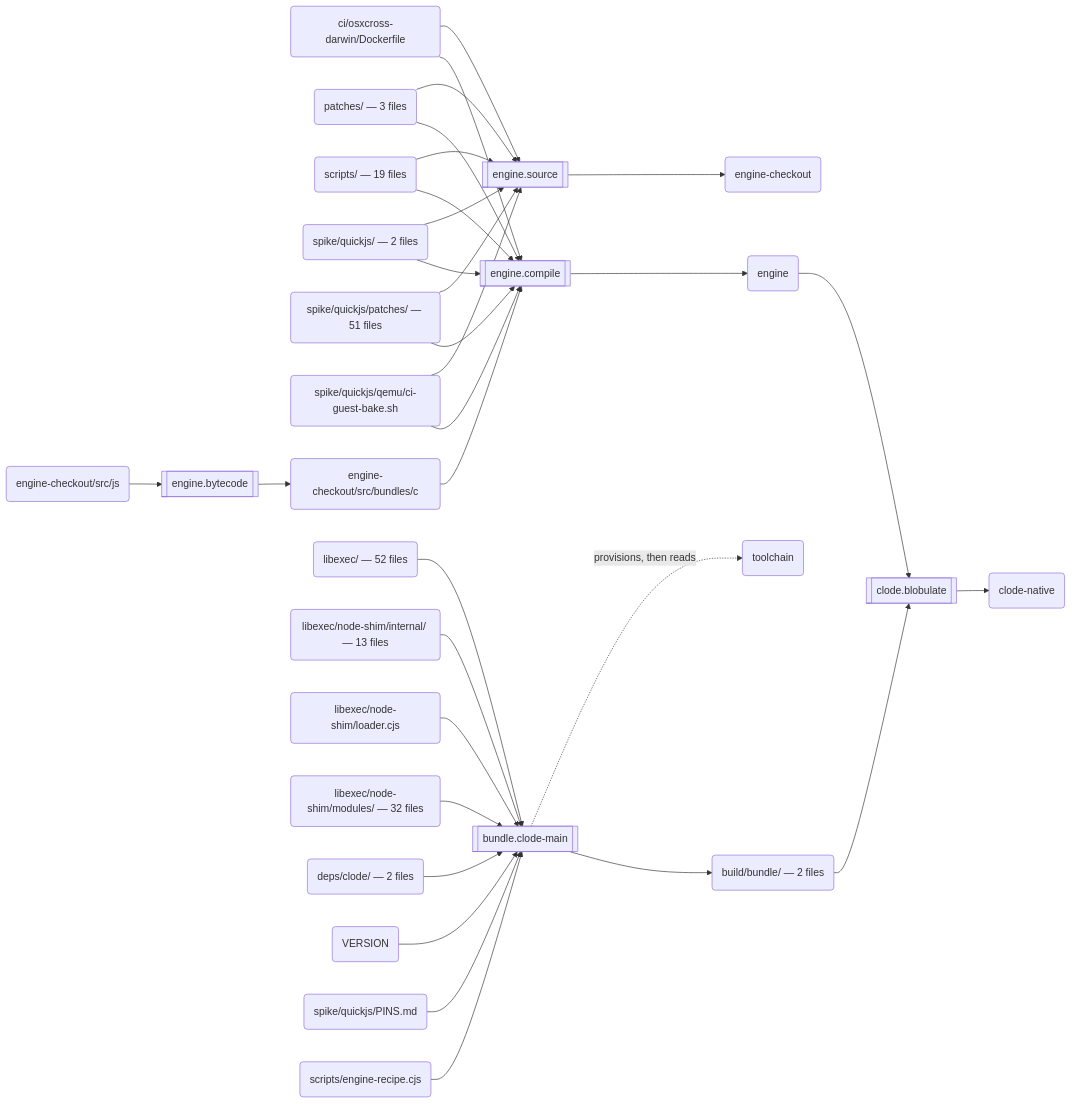
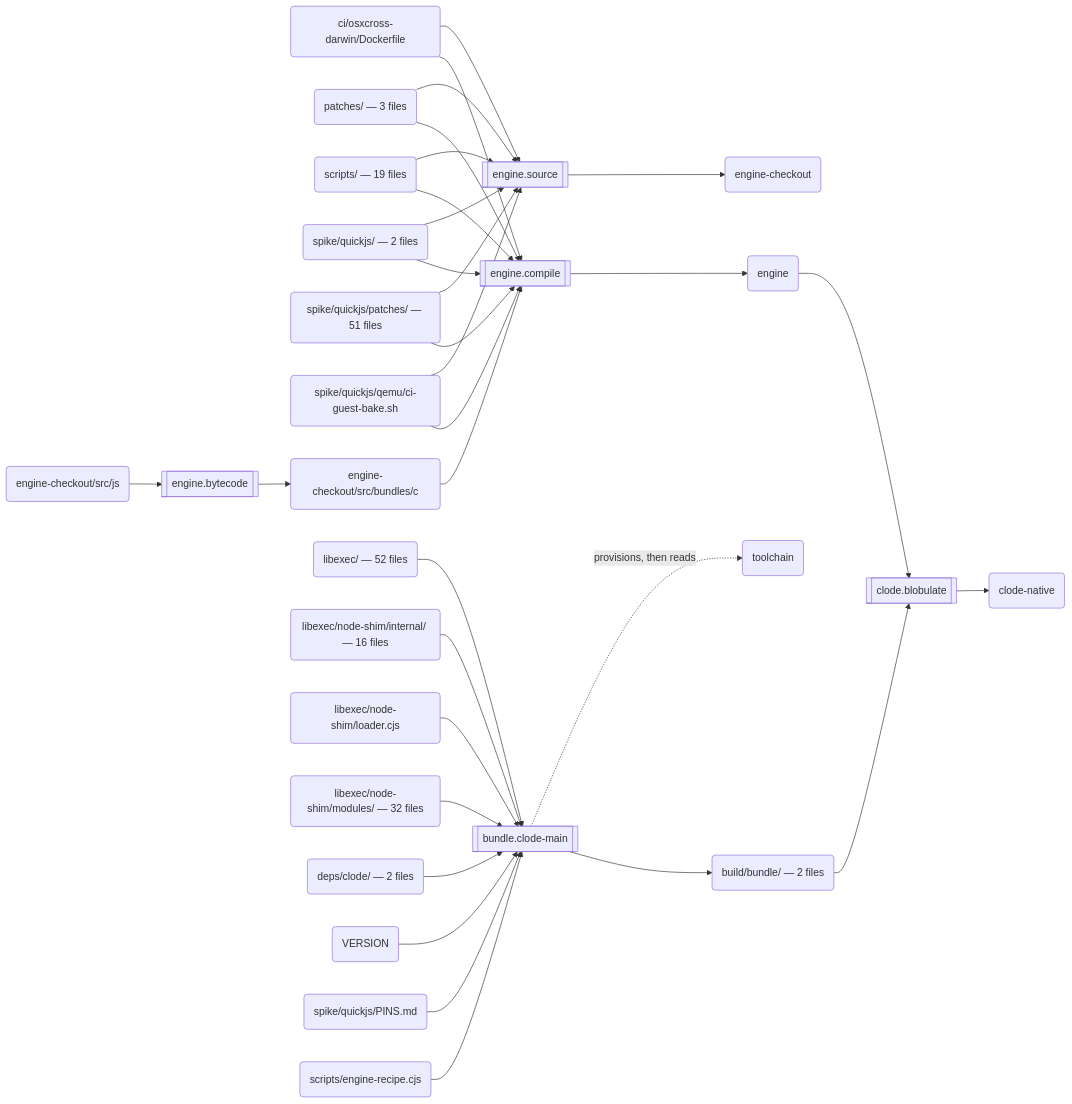
The second of 3 diagrams in docs/build.md (schmonz/clode), drawn with Mermaid before and after one commit.

Commit message:
docs(build): re-render the build graph for node-shim's three new internal modules
internal/codec.cjs, identity.cjs and ip.cjs join the bundle.clode-main inputs
(13 -> 16 files under libexec/node-shim/internal/).

Claude-Session: https://claude.ai/code/session_01X9pCeEg19PPwwjgrS8wV5a

````diff
--- a/docs/build.md
+++ b/docs/build.md
@@ -123,59 +123,59 @@
 ```mermaid
 flowchart LR
   s0[["engine.source"]]
   a0("ci/osxcross-darwin/Dockerfile")
   a1("patches/ — 3 files")
   a2("scripts/ — 19 files")
   a3("spike/quickjs/ — 2 files")
   a4("spike/quickjs/patches/ — 51 files")
   a5("spike/quickjs/qemu/ci-guest-bake.sh")
   a6("engine-checkout")
   s1[["engine.bytecode"]]
   a7("engine-checkout/src/js")
   a8("engine-checkout/src/bundles/c")
   s2[["engine.compile"]]
   a9("engine")
   s3[["bundle.clode-main"]]
   a10("libexec/ — 52 files")
-  a11("libexec/node-shim/internal/ — 13 files")
+  a11("libexec/node-shim/internal/ — 16 files")
   a12("libexec/node-shim/loader.cjs")
   a13("libexec/node-shim/modules/ — 32 files")
   a14("deps/clode/ — 2 files")
   a15("VERSION")
   a16("spike/quickjs/PINS.md")
   a17("scripts/engine-recipe.cjs")
   a18("toolchain")
   a19("build/bundle/ — 2 files")
   s4[["clode.blobulate"]]
   a20("clode-native")
   a0 --> s0
   a1 --> s0
   a2 --> s0
   a3 --> s0
   a4 --> s0
   a5 --> s0
   s0 --> a6
   a7 --> s1
   s1 --> a8
   a8 --> s2
   a0 --> s2
   a1 --> s2
   a2 --> s2
   a3 --> s2
   a4 --> s2
   a5 --> s2
   s2 --> a9
   a10 --> s3
   a11 --> s3
   a12 --> s3
   a13 --> s3
   a14 --> s3
   a15 --> s3
   a16 --> s3
   a17 --> s3
   s3 -.->|"provisions, then reads"| a18
   s3 --> a19
   a9 --> s4
   a19 --> s4
   s4 --> a20
 ```
````
